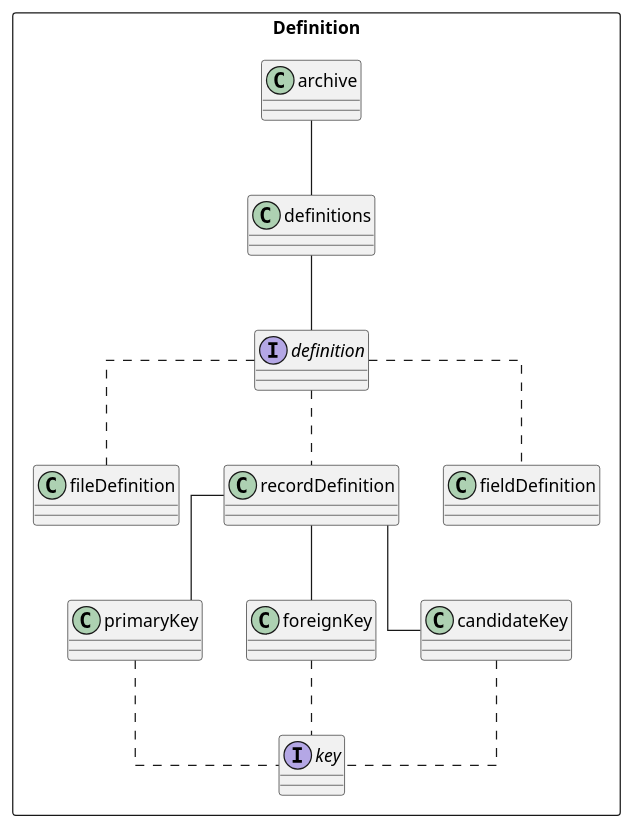
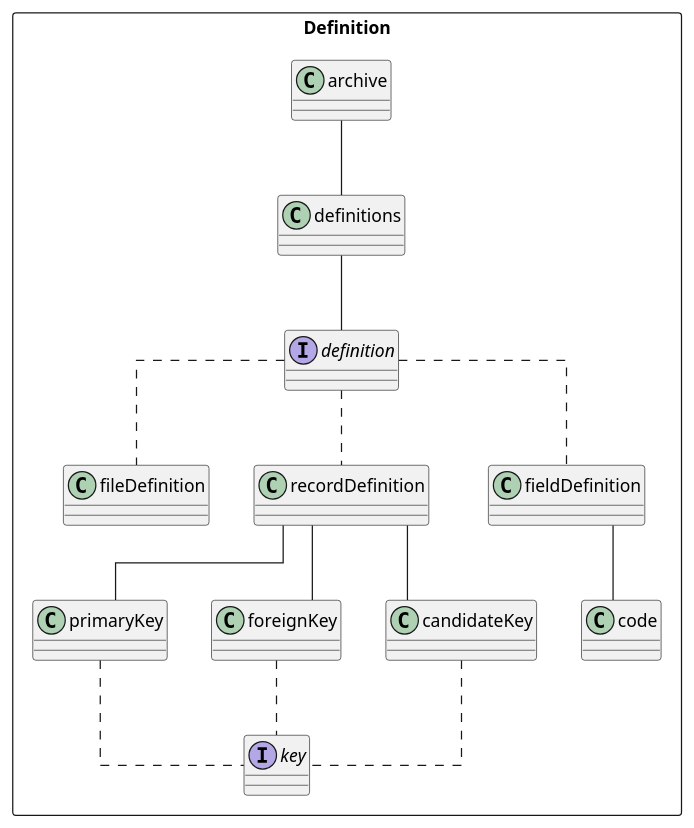
One commit to joergen-vs/73027c42-c2cd-4c62-b1f4-2532c0eb8dab changed the diagram in usage/aspirations/umls/uml-definition.puml. Above: the diagram before and after it, drawn with PlantUML.

Commit message:
Updated fieldDefinition with code

```diff
--- a/usage/aspirations/umls/uml-definition.puml
+++ b/usage/aspirations/umls/uml-definition.puml
@@ -1,24 +1,26 @@
 @startuml
 skinparam linetype polyline
 skinparam linetype ortho
 
 package "Definition" <<Rectangle>> {
 archive -- definitions
 
 interface definition
 interface key
 
 definitions -- definition
 definition .. fileDefinition
 definition .. recordDefinition
 definition .. fieldDefinition
 
 recordDefinition -- primaryKey
 recordDefinition -- foreignKey
 recordDefinition -- candidateKey
 primaryKey .. key
 foreignKey ..key
 candidateKey ..  key
+
+fieldDefinition -- code
 }
 
 @enduml
```
